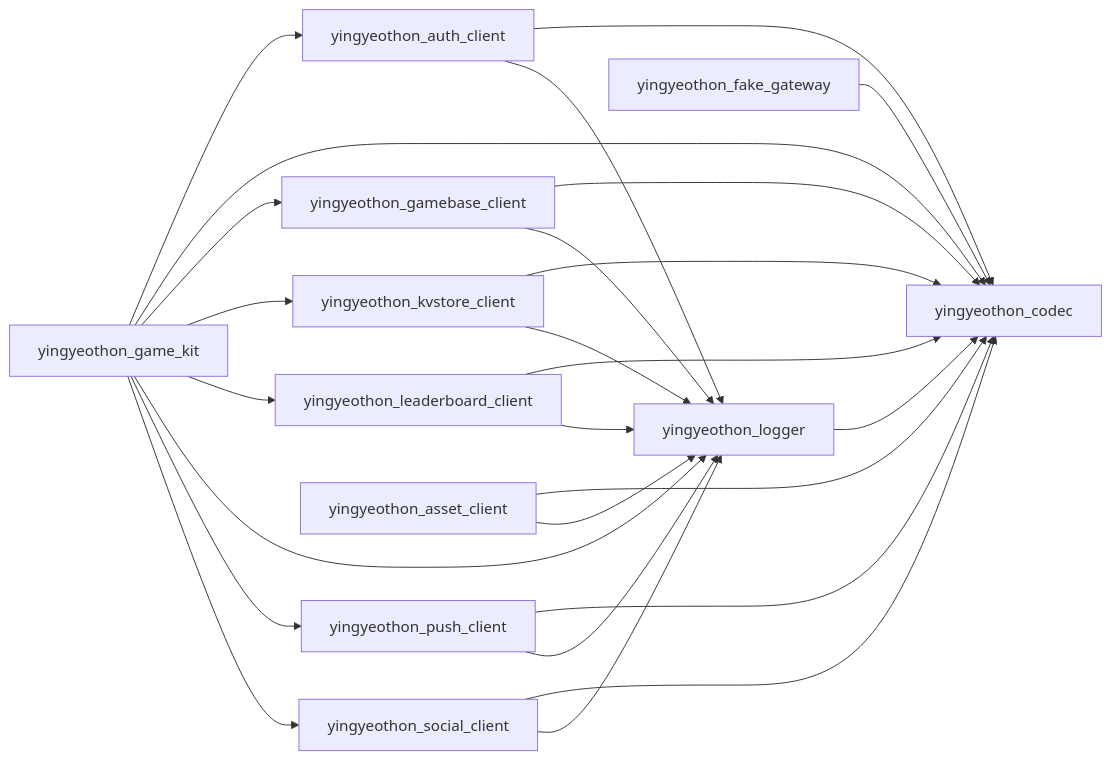
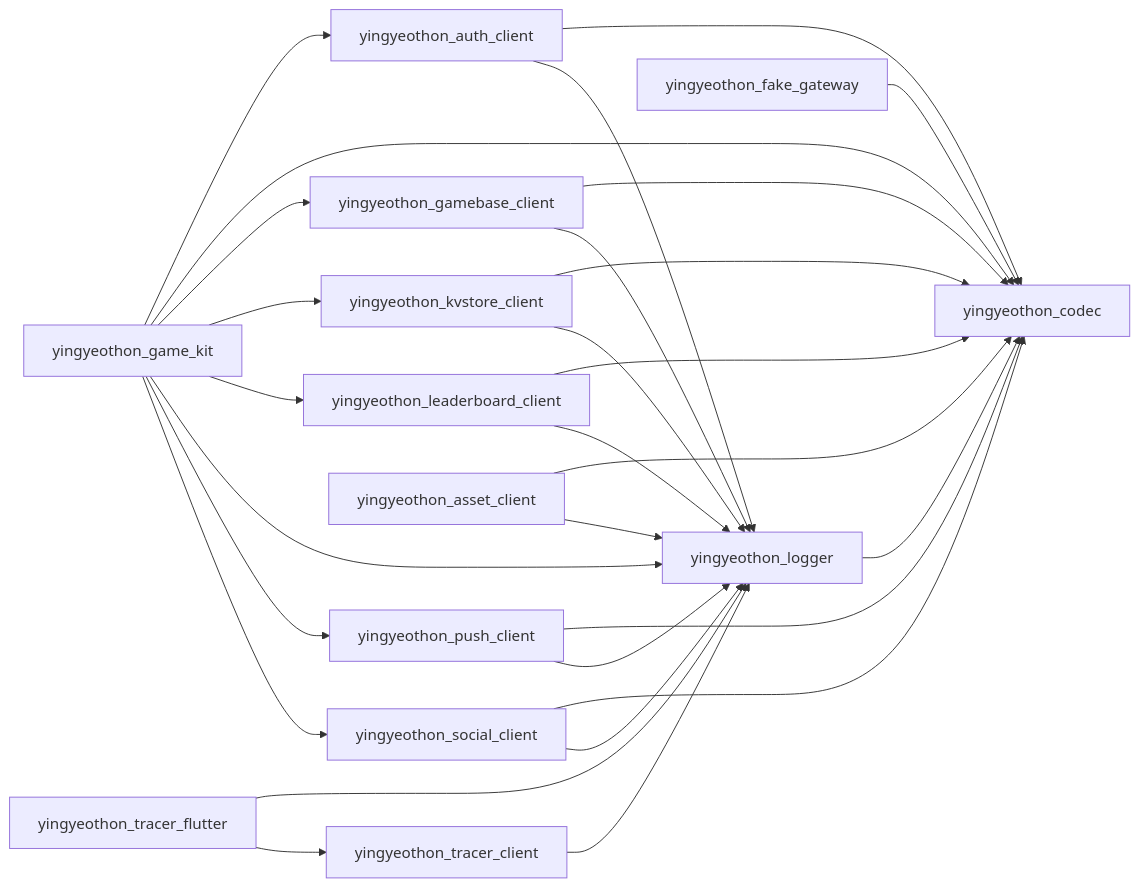
One commit to yingyeothon/flutterlib changed the diagram in README.md. Above: the diagram before and after it, drawn with Mermaid. The commit also changed other lines of this file and 48 other files, not shown here.

First line of the commit message:
Add the tracer client: pure-Dart core and the first Flutter package

````diff
--- a/README.md
+++ b/README.md
@@ -69,27 +76,30 @@
 ```mermaid
 graph LR
   yingyeothon_gamebase_client --> yingyeothon_codec
   yingyeothon_gamebase_client --> yingyeothon_logger
   yingyeothon_logger --> yingyeothon_codec
   yingyeothon_auth_client --> yingyeothon_codec
   yingyeothon_auth_client --> yingyeothon_logger
   yingyeothon_kvstore_client --> yingyeothon_codec
   yingyeothon_kvstore_client --> yingyeothon_logger
   yingyeothon_leaderboard_client --> yingyeothon_codec
   yingyeothon_leaderboard_client --> yingyeothon_logger
   yingyeothon_social_client --> yingyeothon_codec
   yingyeothon_social_client --> yingyeothon_logger
   yingyeothon_asset_client --> yingyeothon_codec
   yingyeothon_asset_client --> yingyeothon_logger
   yingyeothon_game_kit --> yingyeothon_auth_client
   yingyeothon_game_kit --> yingyeothon_codec
   yingyeothon_game_kit --> yingyeothon_gamebase_client
   yingyeothon_game_kit --> yingyeothon_kvstore_client
   yingyeothon_game_kit --> yingyeothon_leaderboard_client
   yingyeothon_game_kit --> yingyeothon_logger
   yingyeothon_game_kit --> yingyeothon_push_client
   yingyeothon_game_kit --> yingyeothon_social_client
   yingyeothon_push_client --> yingyeothon_codec
   yingyeothon_push_client --> yingyeothon_logger
   yingyeothon_fake_gateway --> yingyeothon_codec
+  yingyeothon_tracer_client --> yingyeothon_logger
+  yingyeothon_tracer_flutter --> yingyeothon_logger
+  yingyeothon_tracer_flutter --> yingyeothon_tracer_client
 ```
````
